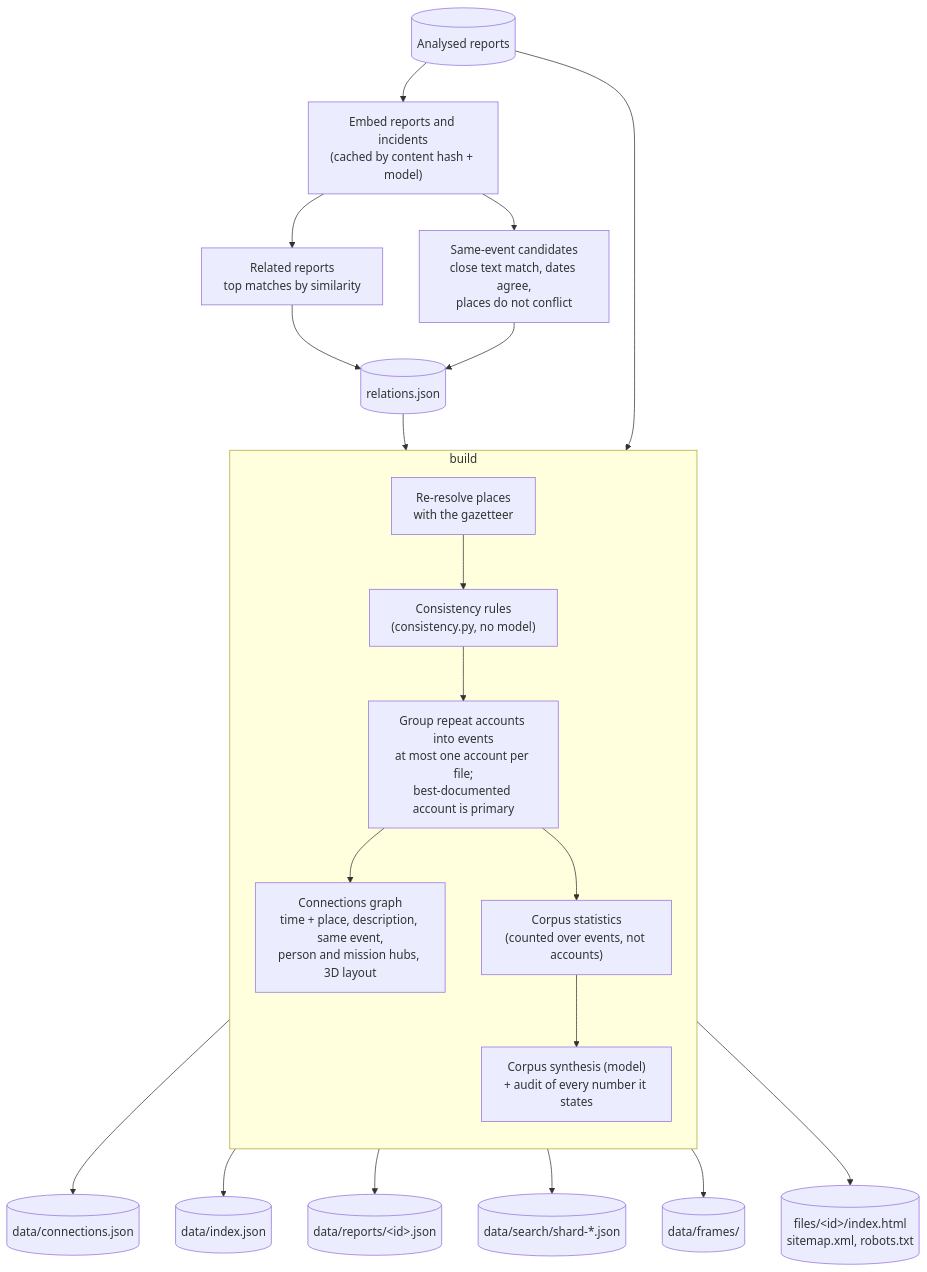
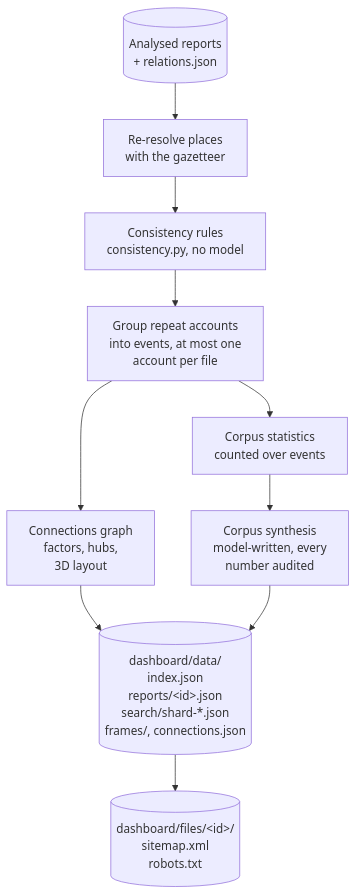
One commit to robertrittmuller/ufo-analysis changed the seventh of 8 diagrams in README.md. Above: the diagram before and after it, drawn with Mermaid. The commit also changed other lines of this file, not shown here.

Commit message:
Rework README pipeline diagrams as vertical flows

````diff
--- a/README.md
+++ b/README.md
@@ -152,27 +167,12 @@
 ```mermaid
 flowchart TD
-    reps[("Analysed reports")] --> emb["Embed reports and incidents<br/>(cached by content hash + model)"]
-    emb --> rel["Related reports<br/>top matches by similarity"]
-    emb --> same["Same-event candidates<br/>close text match, dates agree,<br/>places do not conflict"]
-    rel --> relj[("relations.json")]
-    same --> relj
-
-    relj --> build
-    reps --> build
-
-    subgraph build["build"]
-        direction TB
-        geo["Re-resolve places<br/>with the gazetteer"] --> cons["Consistency rules<br/>(consistency.py, no model)"]
-        cons --> groups["Group repeat accounts into events<br/>at most one account per file;<br/>best-documented account is primary"]
-        groups --> net["Connections graph<br/>time + place, description, same event,<br/>person and mission hubs, 3D layout"]
-        groups --> stats["Corpus statistics<br/>(counted over events, not accounts)"]
-        stats --> synth["Corpus synthesis (model)<br/>+ audit of every number it states"]
-    end
-
-    build --> idx[("data/index.json")]
-    build --> rj[("data/reports/&lt;id&gt;.json")]
-    build --> sh[("data/search/shard-*.json")]
-    build --> fr[("data/frames/")]
-    net --> cj[("data/connections.json")]
-    build --> pages[("files/&lt;id&gt;/index.html<br/>sitemap.xml, robots.txt")]
+    in[("Analysed reports<br/>+ relations.json")] --> geo["Re-resolve places<br/>with the gazetteer"]
+    geo --> cons["Consistency rules<br/>consistency.py, no model"]
+    cons --> groups["Group repeat accounts<br/>into events, at most one<br/>account per file"]
+    groups --> net["Connections graph<br/>factors, hubs,<br/>3D layout"]
+    groups --> stats["Corpus statistics<br/>counted over events"]
+    stats --> synth["Corpus synthesis<br/>model-written, every<br/>number audited"]
+    net --> data[("dashboard/data/<br/>index.json<br/>reports/&lt;id&gt;.json<br/>search/shard-*.json<br/>frames/, connections.json")]
+    synth --> data
+    data --> pages[("dashboard/files/&lt;id&gt;/<br/>sitemap.xml<br/>robots.txt")]
 ```
````
